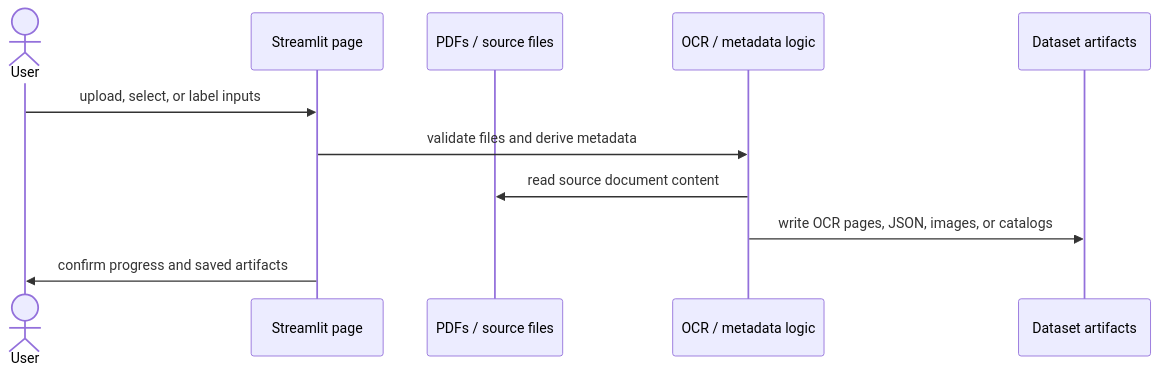
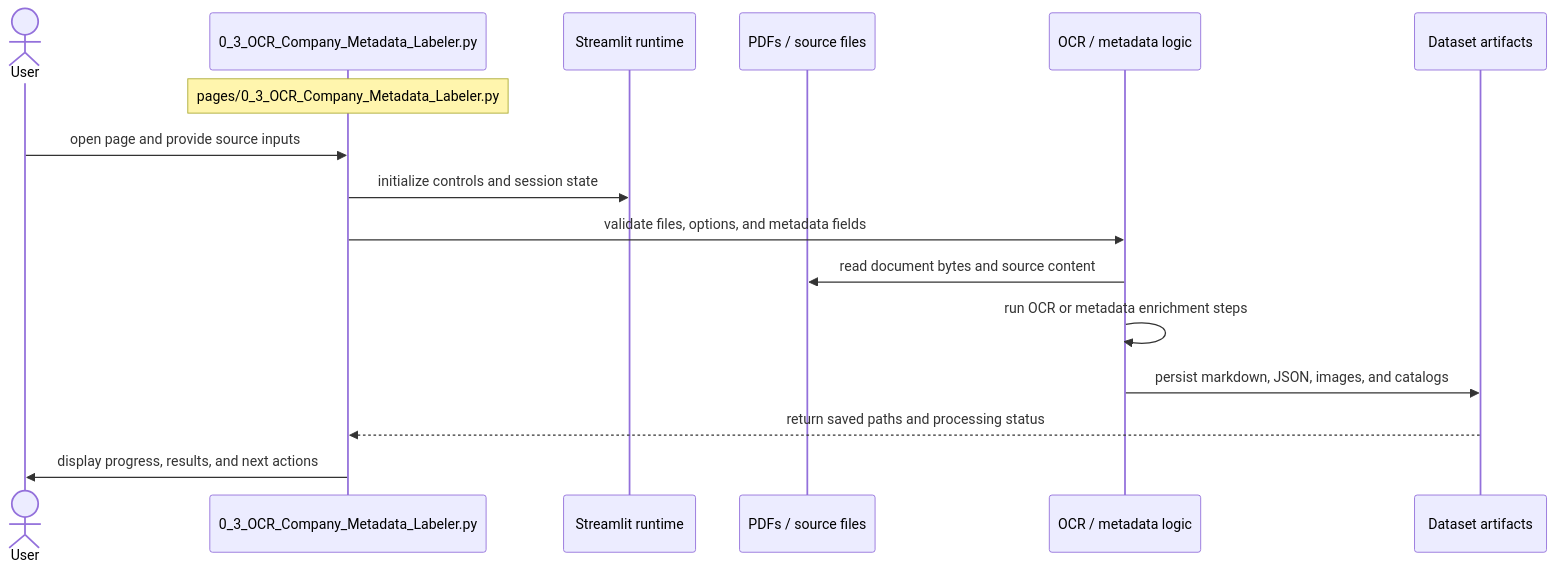
One commit to darisdzakwanhoesien2/benchmarks changed the diagram in new_page/documentation/streamlit_pages/mermaid_sequence_diagram/0_3_OCR_Company_Metadata_Labeler.md. Above: the diagram before and after it, drawn with Mermaid. The commit also changed other lines of this file and 49 other files, not shown here.

Commit message:
Adding Documentation with Mermaid Sequence Diagram

````diff
--- a/new_page/documentation/streamlit_pages/mermaid_sequence_diagram/0_3_OCR_Company_Metadata_Labeler.md
+++ b/new_page/documentation/streamlit_pages/mermaid_sequence_diagram/0_3_OCR_Company_Metadata_Labeler.md
@@ -7,13 +15,18 @@
 ```mermaid
 sequenceDiagram
     actor User as User
-    participant page as Streamlit page
+    participant page as 0_3_OCR_Company_Metadata_Labeler.py
+    participant runtime as Streamlit runtime
     participant data as PDFs / source files
     participant compute as OCR / metadata logic
     participant output as Dataset artifacts
-    User->>page: upload, select, or label inputs
-    page->>compute: validate files and derive metadata
-    compute->>data: read source document content
-    compute->>output: write OCR pages, JSON, images, or catalogs
-    page->>User: confirm progress and saved artifacts
+    Note over page: pages/0_3_OCR_Company_Metadata_Labeler.py
+    User->>page: open page and provide source inputs
+    page->>runtime: initialize controls and session state
+    page->>compute: validate files, options, and metadata fields
+    compute->>data: read document bytes and source content
+    compute->>compute: run OCR or metadata enrichment steps
+    compute->>output: persist markdown, JSON, images, and catalogs
+    output-->>page: return saved paths and processing status
+    page->>User: display progress, results, and next actions
 ```
````
